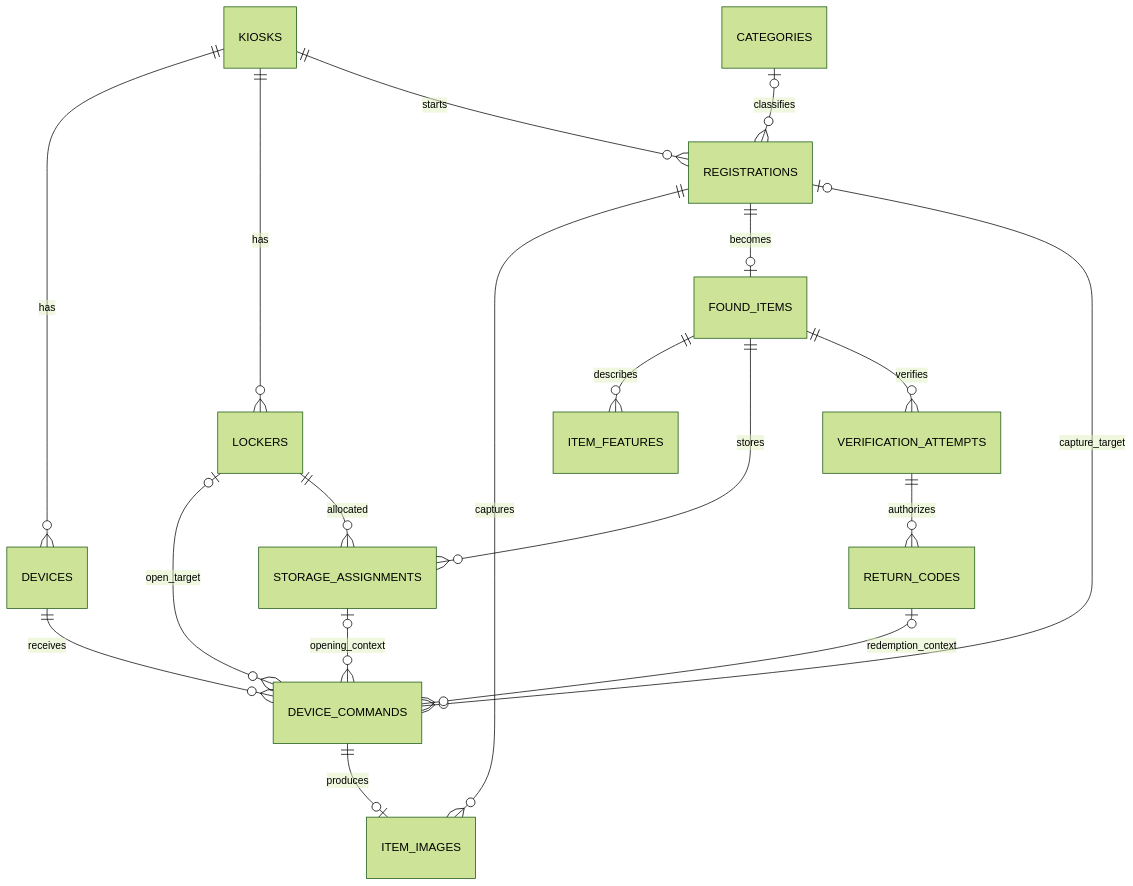
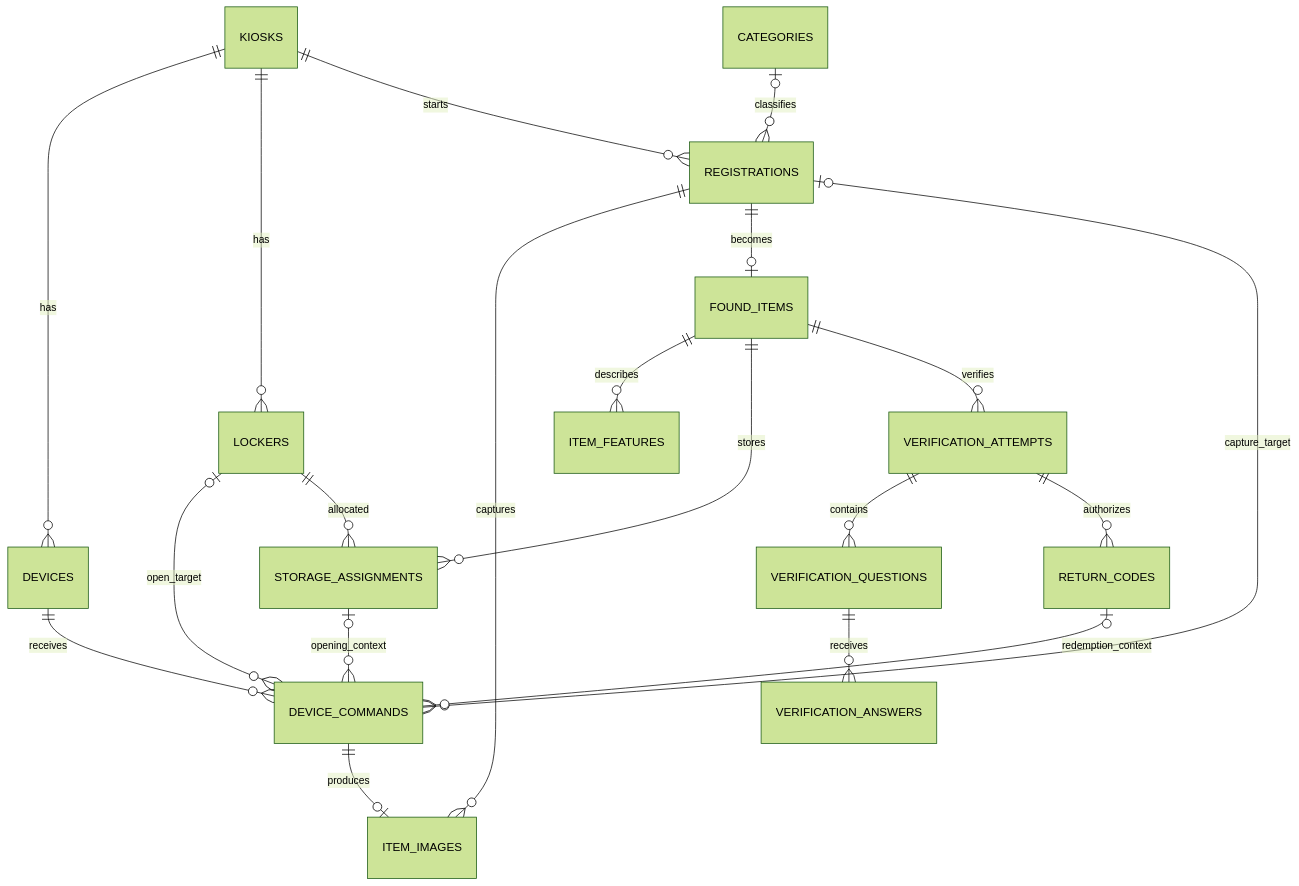
The diagram in backend/docs/erd.md (CloudAIoT/smart-lost-found), drawn with Mermaid (forest theme) before and after one commit. The commit also changed other lines of this file and 1 other file, not shown here.

Commit message:
by sunjae - 질문 생성 실험안에 맞춰 소유 확인 ERD·기능 명세 보강

````diff
--- a/backend/docs/erd.md
+++ b/backend/docs/erd.md
@@ -31,20 +34,22 @@
 ```mermaid
 erDiagram
     KIOSKS ||--o{ DEVICES : has
     KIOSKS ||--o{ LOCKERS : has
     KIOSKS ||--o{ REGISTRATIONS : starts
     CATEGORIES o|--o{ REGISTRATIONS : classifies
     REGISTRATIONS ||--o{ ITEM_IMAGES : captures
     REGISTRATIONS ||--o| FOUND_ITEMS : becomes
     DEVICES ||--o{ DEVICE_COMMANDS : receives
     REGISTRATIONS o|--o{ DEVICE_COMMANDS : capture_target
     LOCKERS o|--o{ DEVICE_COMMANDS : open_target
     DEVICE_COMMANDS ||--o| ITEM_IMAGES : produces
     FOUND_ITEMS ||--o{ ITEM_FEATURES : describes
     FOUND_ITEMS ||--o{ STORAGE_ASSIGNMENTS : stores
     LOCKERS ||--o{ STORAGE_ASSIGNMENTS : allocated
     STORAGE_ASSIGNMENTS o|--o{ DEVICE_COMMANDS : opening_context
     FOUND_ITEMS ||--o{ VERIFICATION_ATTEMPTS : verifies
+    VERIFICATION_ATTEMPTS ||--o{ VERIFICATION_QUESTIONS : contains
+    VERIFICATION_QUESTIONS ||--o{ VERIFICATION_ANSWERS : receives
     VERIFICATION_ATTEMPTS ||--o{ RETURN_CODES : authorizes
     RETURN_CODES o|--o{ DEVICE_COMMANDS : redemption_context
 ```
````
